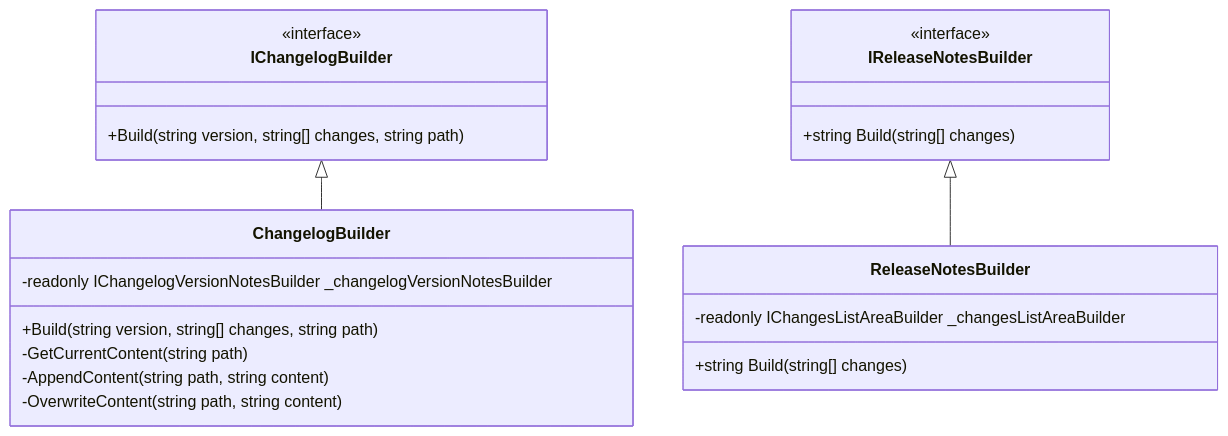
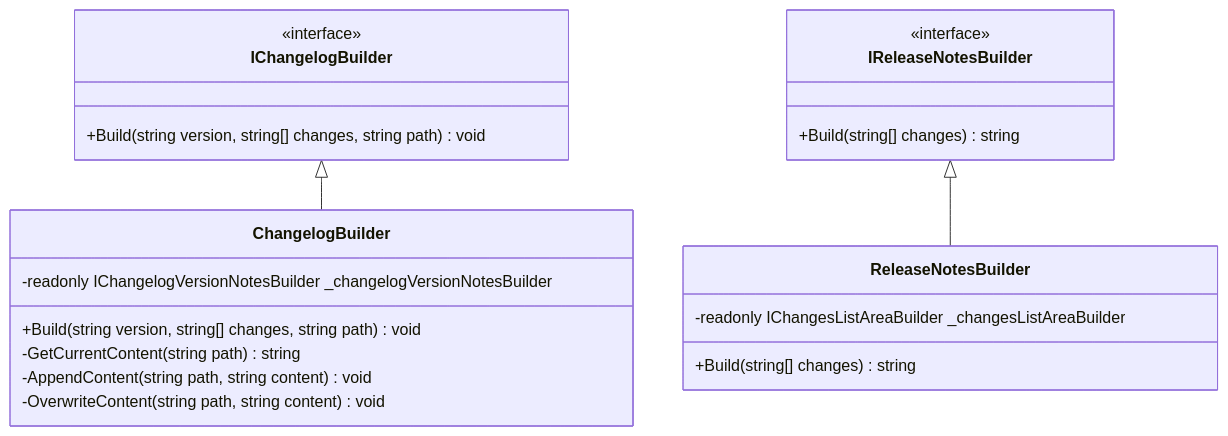
The first of 4 diagrams in docs/2-implementation.md (cangulo-nugets/cangulo.changelog.github.io), drawn with Mermaid before and after one commit. The commit also changed other lines of this file and 2 other files, not shown here.

````diff
--- a/docs/2-implementation.md
+++ b/docs/2-implementation.md
@@ -27,37 +27,37 @@
 ```mermaid
 
  classDiagram
       IChangelogBuilder <|-- ChangelogBuilder
       IReleaseNotesBuilder <|-- ReleaseNotesBuilder
 
       class IChangelogBuilder {
         <<interface>>
-        +Build(string version, string[] changes, string path)
+        +Build(string version, string[] changes, string path) void
       }
       
       class ChangelogBuilder{
         -readonly IChangelogVersionNotesBuilder _changelogVersionNotesBuilder
-        +Build(string version, string[] changes, string path)
-        -GetCurrentContent(string path)
-        -AppendContent(string path, string content)
-        -OverwriteContent(string path, string content)
+        +Build(string version, string[] changes, string path) void
+        -GetCurrentContent(string path) string
+        -AppendContent(string path, string content) void
+        -OverwriteContent(string path, string content) void
       }
 
       class IReleaseNotesBuilder {
         <<interface>>
-        +string Build(string[] changes)
+        +Build(string[] changes) string 
       }
 
 
       class ReleaseNotesBuilder {
         -readonly IChangesListAreaBuilder _changesListAreaBuilder
-        +string Build(string[] changes)
+        +Build(string[] changes) string 
       }
 
       %% Links
       click IChangelogBuilder href "https://github.com/cangulo-nugets/cangulo.changelog/blob/main/src/cangulo.changelog/Builders/ChangelogBuilder.cs"
       click ChangelogBuilder href "https://github.com/cangulo-nugets/cangulo.changelog/blob/main/src/cangulo.changelog/Builders/ChangelogBuilder.cs"
       click IReleaseNotesBuilder href "https://github.com/cangulo-nugets/cangulo.changelog/blob/main/src/cangulo.changelog/Builders/ReleaseNotesBuilder.cs"
       click ReleaseNotesBuilder href "https://github.com/cangulo-nugets/cangulo.changelog/blob/main/src/cangulo.changelog/Builders/ReleaseNotesBuilder.cs"
 
 ```
````
